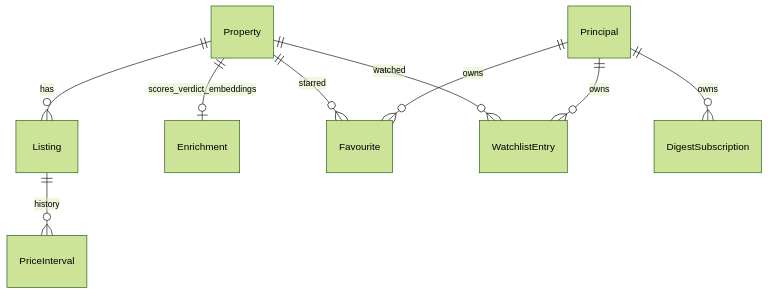
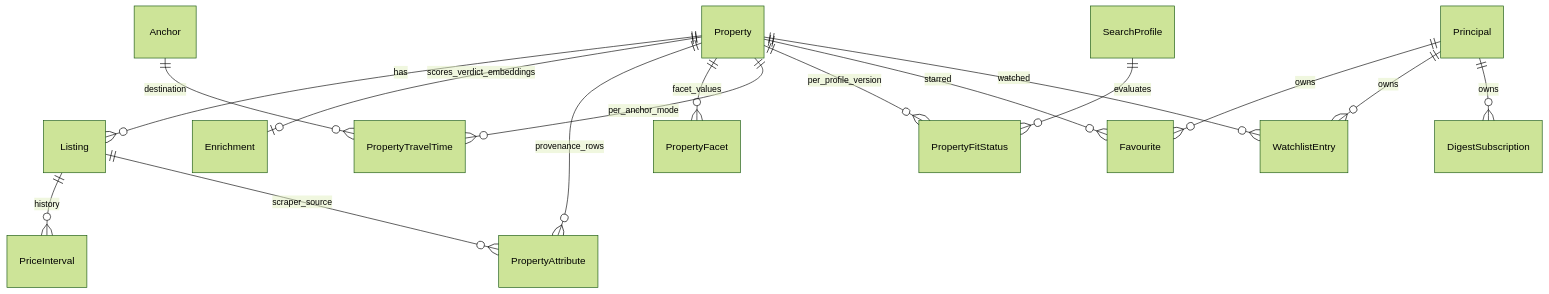
Before and after one commit to felipelrib/imoveis: the third of 4 diagrams in _bmad-output/planning-artifacts/architecture/architecture-imoveis-2026-07-23/ARCHITECTURE-SPINE.md, drawn with Mermaid (forest theme). The commit also changed other lines of this file and 2 other files, not shown here.

First line of the commit message:
docs(architecture): update spine for v0.14 decision engine (AD-14..19)

````diff
--- a/_bmad-output/planning-artifacts/architecture/architecture-imoveis-2026-07-23/ARCHITECTURE-SPINE.md
+++ b/_bmad-output/planning-artifacts/architecture/architecture-imoveis-2026-07-23/ARCHITECTURE-SPINE.md
@@ -205,11 +266,18 @@
 ```mermaid
 erDiagram
   Property ||--o{ Listing : has
   Listing ||--o{ PriceInterval : history
   Property ||--o| Enrichment : scores_verdict_embeddings
+  Property ||--o{ PropertyAttribute : provenance_rows
+  Listing ||--o{ PropertyAttribute : scraper_source
+  Property ||--o{ PropertyFacet : facet_values
+  Property ||--o{ PropertyTravelTime : per_anchor_mode
+  Property ||--o{ PropertyFitStatus : per_profile_version
+  SearchProfile ||--o{ PropertyFitStatus : evaluates
+  Anchor ||--o{ PropertyTravelTime : destination
   Property ||--o{ Favourite : starred
   Property ||--o{ WatchlistEntry : watched
   Principal ||--o{ Favourite : owns
   Principal ||--o{ WatchlistEntry : owns
   Principal ||--o{ DigestSubscription : owns
 ```
````
